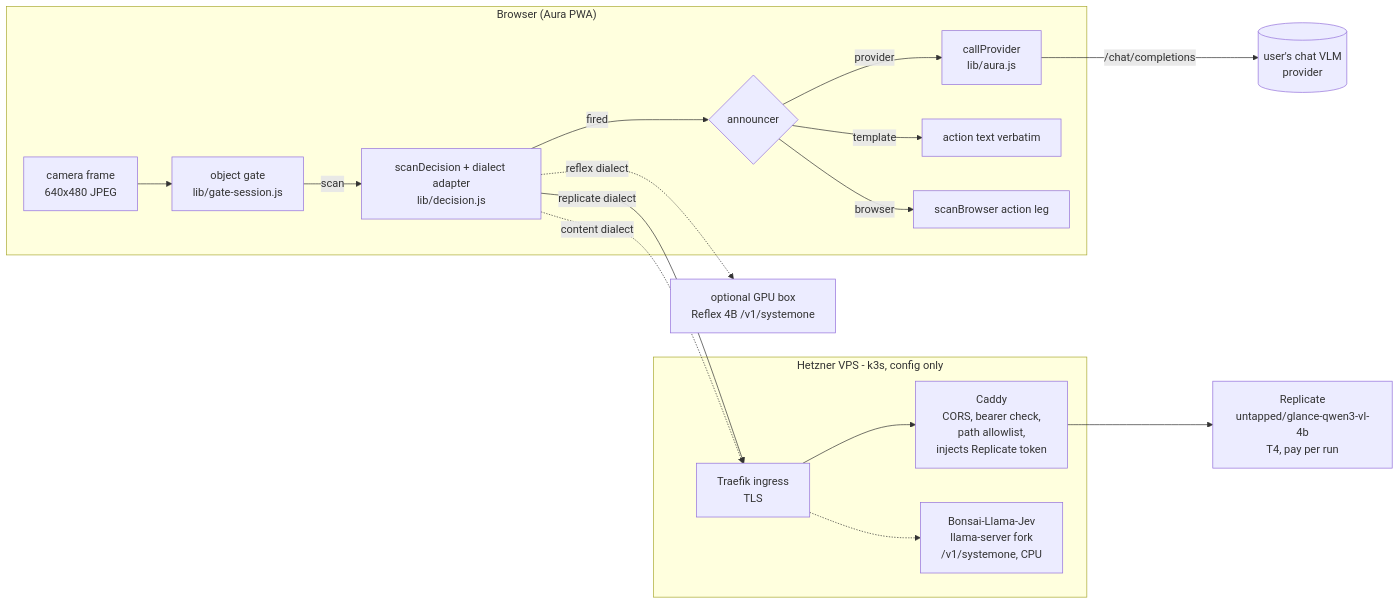
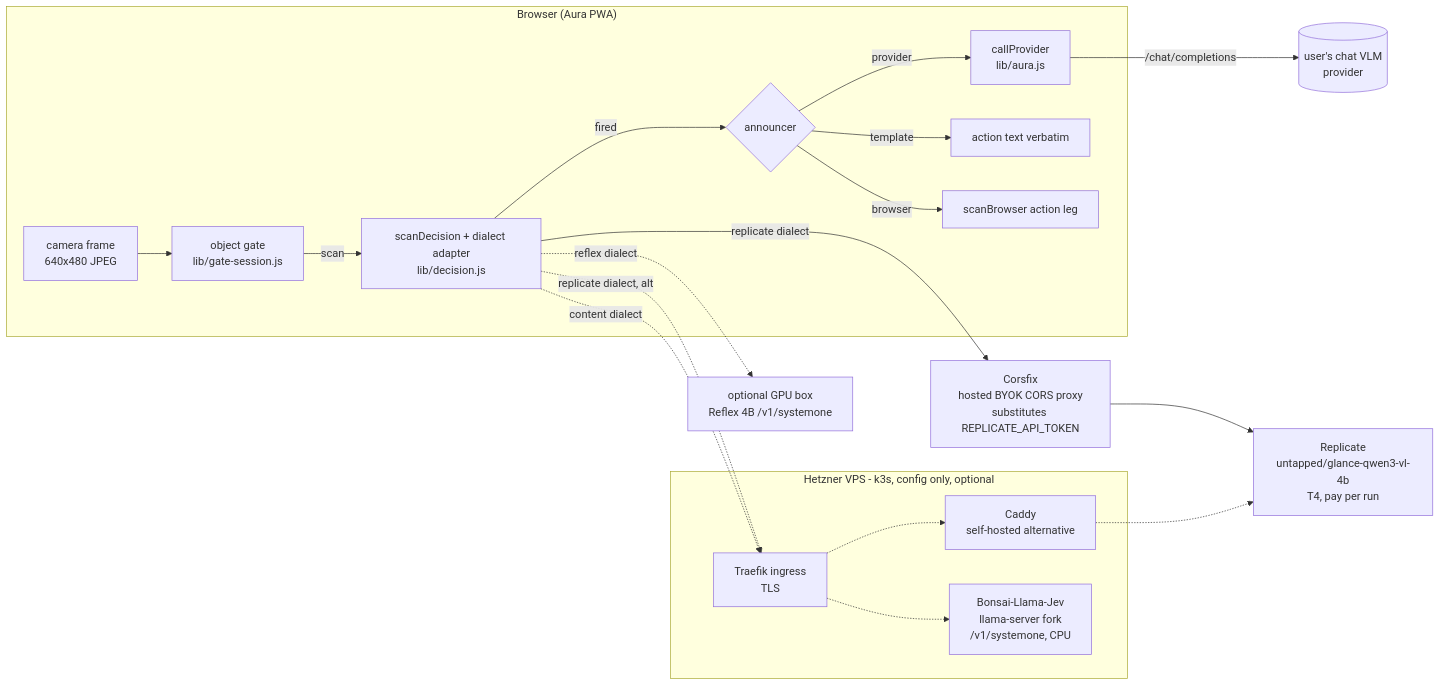
Before and after one commit to barakplasma/Aura: the first of 2 diagrams in docs/PRD-decision-engine.md, drawn with Mermaid. The commit also changed other lines of this file, not shown here.

First line of the commit message:
docs(prd): default to a hosted BYOK CORS proxy for Replicate

````diff
--- a/docs/PRD-decision-engine.md
+++ b/docs/PRD-decision-engine.md
@@ -148,25 +149,28 @@
 ```mermaid
 flowchart LR
   subgraph Phone["Browser (Aura PWA)"]
     CAM[camera frame<br/>640x480 JPEG] --> GATE[object gate<br/>lib/gate-session.js]
     GATE -->|scan| DEC[scanDecision + dialect adapter<br/>lib/decision.js]
     DEC -->|fired| ANN{announcer}
     ANN -->|provider| PROV[callProvider<br/>lib/aura.js]
     ANN -->|template| TPL[action text verbatim]
     ANN -->|browser| BRW[scanBrowser action leg]
   end
 
-  subgraph K3s["Hetzner VPS - k3s, config only"]
+  CFX[Corsfix<br/>hosted BYOK CORS proxy<br/>substitutes REPLICATE_API_TOKEN]
+
+  subgraph K3s["Hetzner VPS - k3s, config only, optional"]
     ING[Traefik ingress<br/>TLS]
-    CAD[Caddy<br/>CORS, bearer check,<br/>path allowlist,<br/>injects Replicate token]
+    CAD[Caddy<br/>self-hosted alternative]
     BON[Bonsai-Llama-Jev<br/>llama-server fork<br/>/v1/systemone, CPU]
   end
 
   RP[Replicate<br/>untapped/glance-qwen3-vl-4b<br/>T4, pay per run]
   GPU[optional GPU box<br/>Reflex 4B /v1/systemone]
 
-  DEC -- "replicate dialect" --> ING --> CAD --> RP
+  DEC -- "replicate dialect" --> CFX --> RP
+  DEC -. "replicate dialect, alt" .-> ING -.-> CAD -.-> RP
   DEC -. "content dialect" .-> ING -.-> BON
   DEC -. "reflex dialect" .-> GPU
   PROV -- "/chat/completions" --> CLOUD[(user's chat VLM<br/>provider)]
 ```
````
